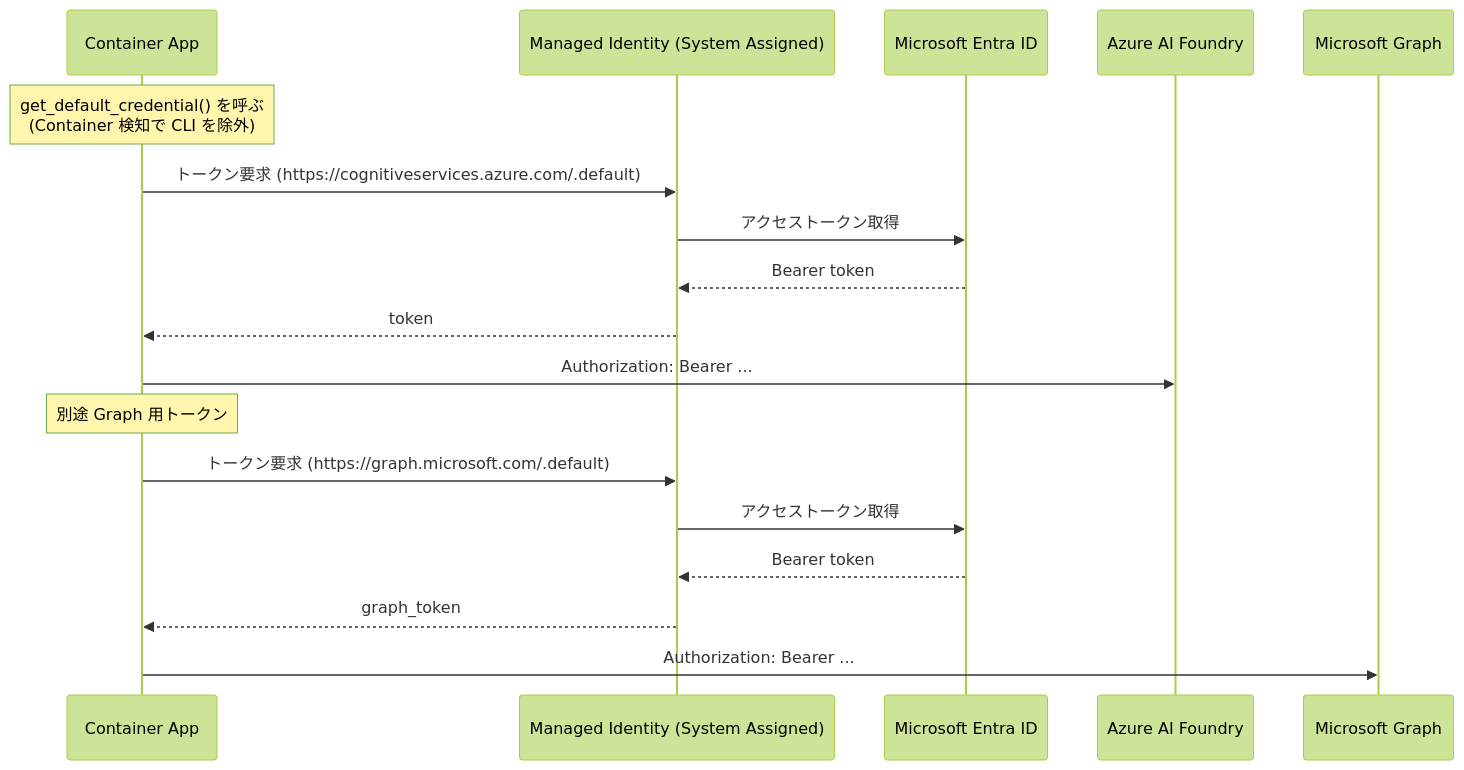
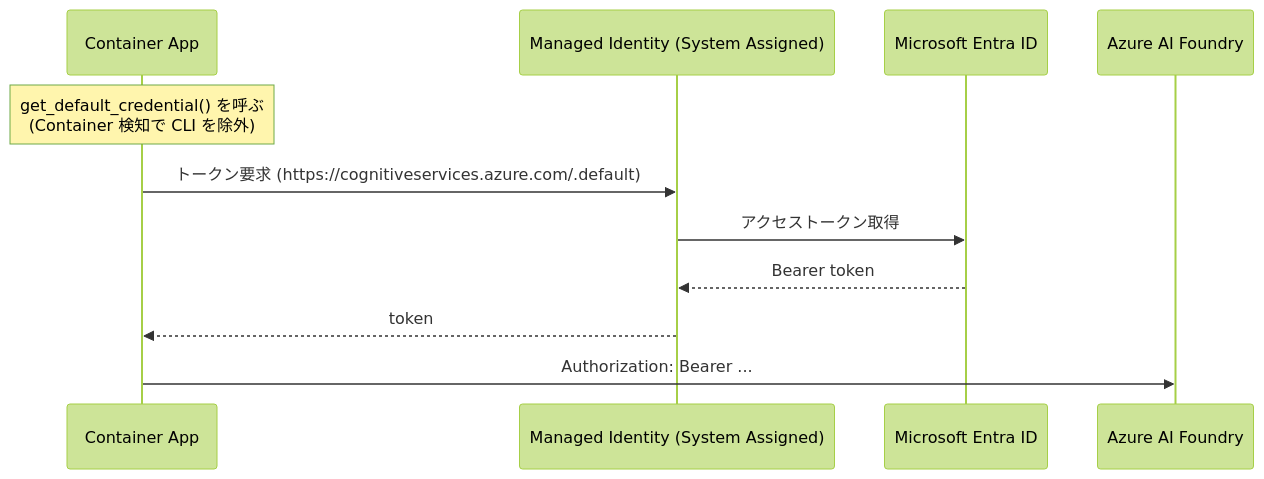
One commit to motoshifurugen/microsoft-agent-hackathon changed the seventh of 8 diagrams in docs/architecture.md. Above: the diagram before and after it, drawn with Mermaid (forest theme). The commit also changed other lines of this file and 1 other file, not shown here.

First line of the commit message:
docs: update architecture to post-email-detection design

````diff
--- a/docs/architecture.md
+++ b/docs/architecture.md
@@ -181,22 +264,14 @@
 ```mermaid
 sequenceDiagram
     participant CA as Container App
     participant MI as Managed Identity (System Assigned)
     participant AAD as Microsoft Entra ID
     participant Foundry as Azure AI Foundry
-    participant Graph as Microsoft Graph
 
     Note over CA: get_default_credential() を呼ぶ<br/>(Container 検知で CLI を除外)
     CA->>MI: トークン要求 (https://cognitiveservices.azure.com/.default)
     MI->>AAD: アクセストークン取得
     AAD-->>MI: Bearer token
     MI-->>CA: token
     CA->>Foundry: Authorization: Bearer ...
-
-    Note over CA: 別途 Graph 用トークン
-    CA->>MI: トークン要求 (https://graph.microsoft.com/.default)
-    MI->>AAD: アクセストークン取得
-    AAD-->>MI: Bearer token
-    MI-->>CA: graph_token
-    CA->>Graph: Authorization: Bearer ...
 ```
````
